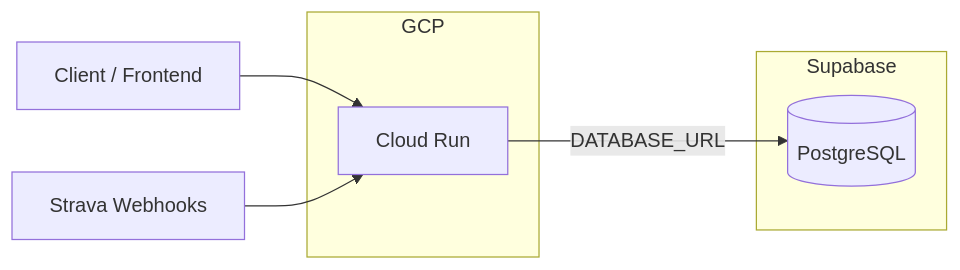
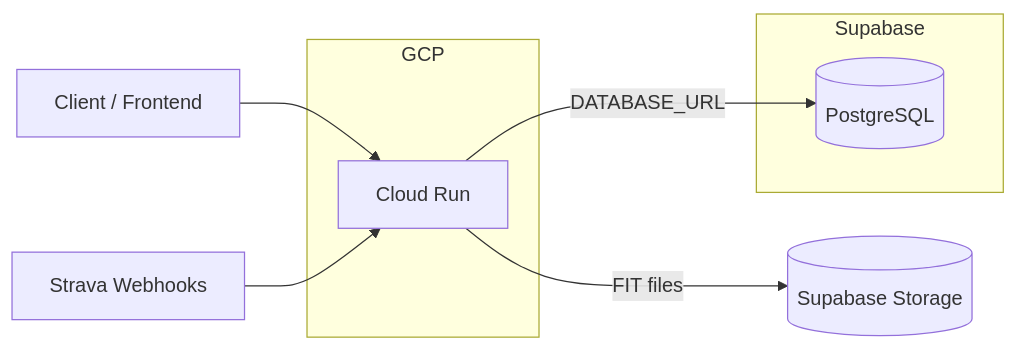
One commit to Maksym7415/Pace.coach changed the first of 2 diagrams in docs/DEPLOYMENT.md. Above: the diagram before and after it, drawn with Mermaid. The commit also changed other lines of this file and 32 other files, not shown here.

````diff
--- a/docs/DEPLOYMENT.md
+++ b/docs/DEPLOYMENT.md
@@ -18,12 +18,13 @@
 ```mermaid
 flowchart LR
     subgraph supabase [Supabase]
         PG[(PostgreSQL)]
     end
     subgraph gcp [GCP]
         CR[Cloud Run]
     end
     Client[Client / Frontend] --> CR
     CR -->|DATABASE_URL| PG
+    CR -->|FIT files| Storage[(Supabase Storage)]
     Strava[Strava Webhooks] --> CR
 ```
````
